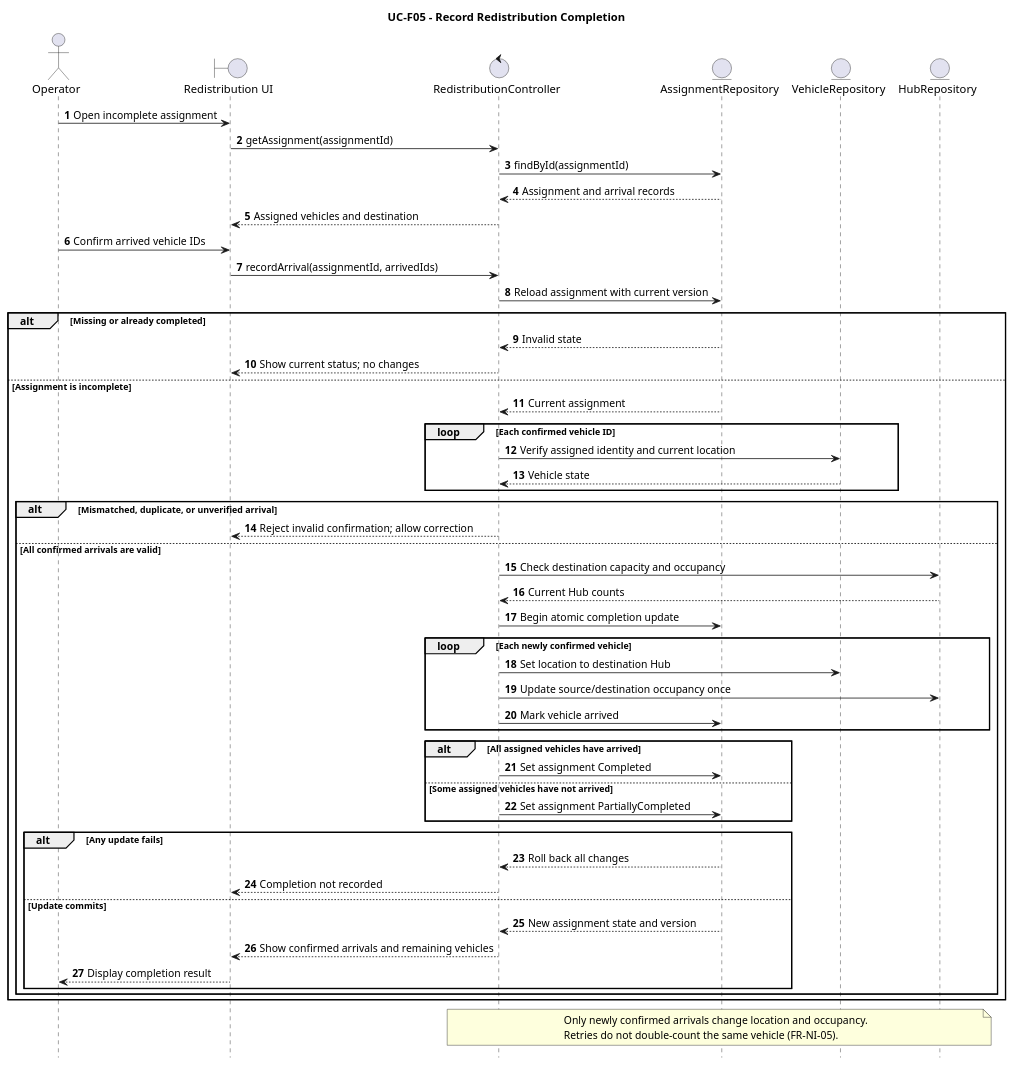
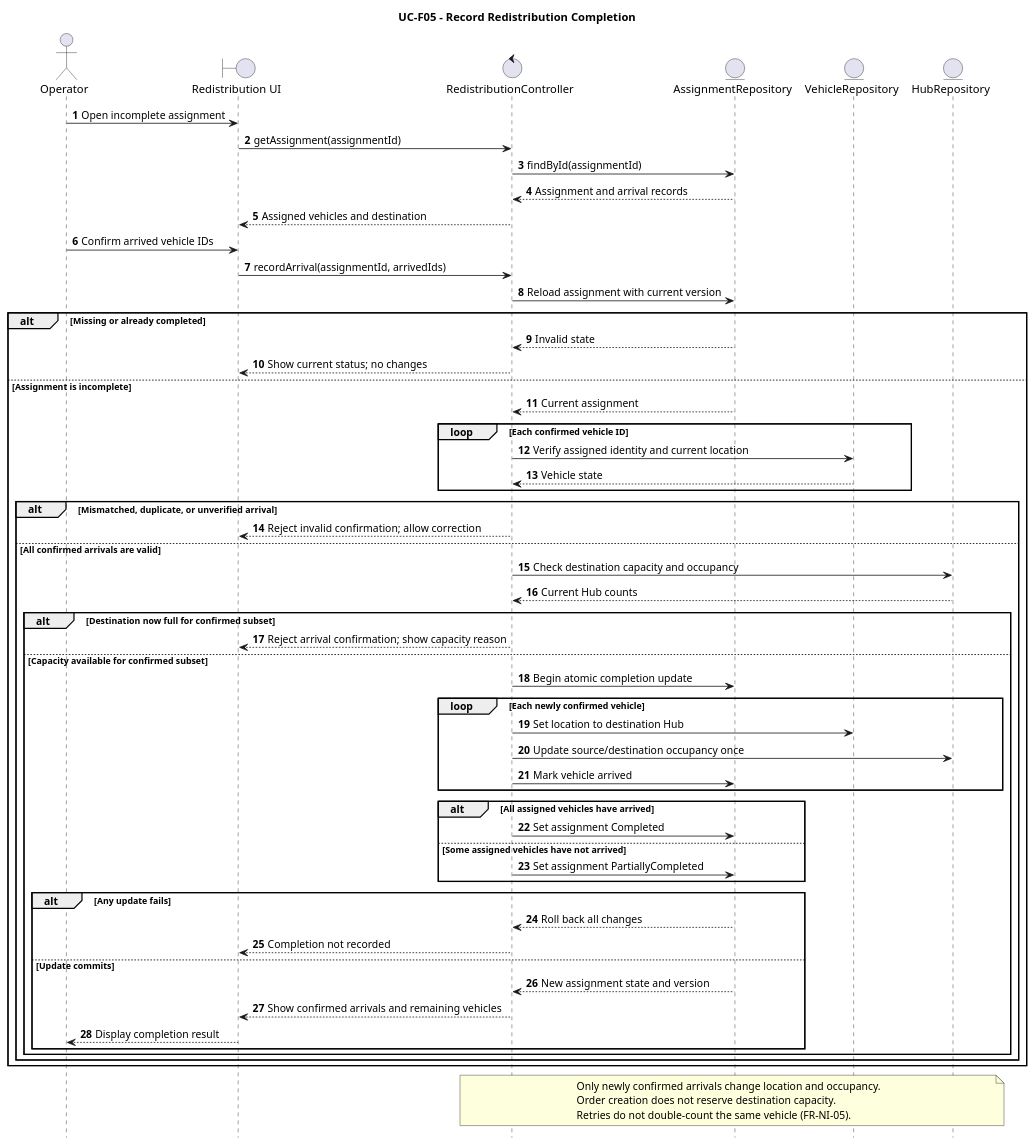
Before and after one commit to thanhpham1108/smart-e-mobility-hub: the diagram in docs/submission-2/sequence-diagrams/operator-fleet-incident/SD_RecordRedistributionComplete.puml, drawn with PlantUML. The commit also changed 42 other files, not shown here.

First line of the commit message:
docs(submission-2): synchronize FCFS waitlist diagrams

```diff
--- a/docs/submission-2/sequence-diagrams/operator-fleet-incident/SD_RecordRedistributionComplete.puml
+++ b/docs/submission-2/sequence-diagrams/operator-fleet-incident/SD_RecordRedistributionComplete.puml
@@ -1,59 +1,64 @@
 @startuml SD_RecordRedistributionComplete
 title UC-F05 - Record Redistribution Completion
 hide footbox
 autonumber
 actor Operator
 boundary "Redistribution UI" as UI
 control "RedistributionController" as C
 entity "AssignmentRepository" as A
 entity "VehicleRepository" as V
 entity "HubRepository" as H
 
 Operator -> UI: Open incomplete assignment
 UI -> C: getAssignment(assignmentId)
 C -> A: findById(assignmentId)
 A --> C: Assignment and arrival records
 C --> UI: Assigned vehicles and destination
 Operator -> UI: Confirm arrived vehicle IDs
 UI -> C: recordArrival(assignmentId, arrivedIds)
 C -> A: Reload assignment with current version
 alt Missing or already completed
   A --> C: Invalid state
   C --> UI: Show current status; no changes
 else Assignment is incomplete
   A --> C: Current assignment
   loop Each confirmed vehicle ID
     C -> V: Verify assigned identity and current location
     V --> C: Vehicle state
   end
   alt Mismatched, duplicate, or unverified arrival
     C --> UI: Reject invalid confirmation; allow correction
   else All confirmed arrivals are valid
     C -> H: Check destination capacity and occupancy
     H --> C: Current Hub counts
-    C -> A: Begin atomic completion update
-    loop Each newly confirmed vehicle
-      C -> V: Set location to destination Hub
-      C -> H: Update source/destination occupancy once
-      C -> A: Mark vehicle arrived
-    end
-    alt All assigned vehicles have arrived
-      C -> A: Set assignment Completed
-    else Some assigned vehicles have not arrived
-      C -> A: Set assignment PartiallyCompleted
-    end
-    alt Any update fails
-      A --> C: Roll back all changes
-      C --> UI: Completion not recorded
-    else Update commits
-      A --> C: New assignment state and version
-      C --> UI: Show confirmed arrivals and remaining vehicles
-      UI --> Operator: Display completion result
+    alt Destination now full for confirmed subset
+      C --> UI: Reject arrival confirmation; show capacity reason
+    else Capacity available for confirmed subset
+      C -> A: Begin atomic completion update
+      loop Each newly confirmed vehicle
+        C -> V: Set location to destination Hub
+        C -> H: Update source/destination occupancy once
+        C -> A: Mark vehicle arrived
+      end
+      alt All assigned vehicles have arrived
+        C -> A: Set assignment Completed
+      else Some assigned vehicles have not arrived
+        C -> A: Set assignment PartiallyCompleted
+      end
+      alt Any update fails
+        A --> C: Roll back all changes
+        C --> UI: Completion not recorded
+      else Update commits
+        A --> C: New assignment state and version
+        C --> UI: Show confirmed arrivals and remaining vehicles
+        UI --> Operator: Display completion result
+      end
     end
   end
 end
 note over C,H
 Only newly confirmed arrivals change location and occupancy.
+Order creation does not reserve destination capacity.
 Retries do not double-count the same vehicle (FR-NI-05).
 end note
 @enduml
```
